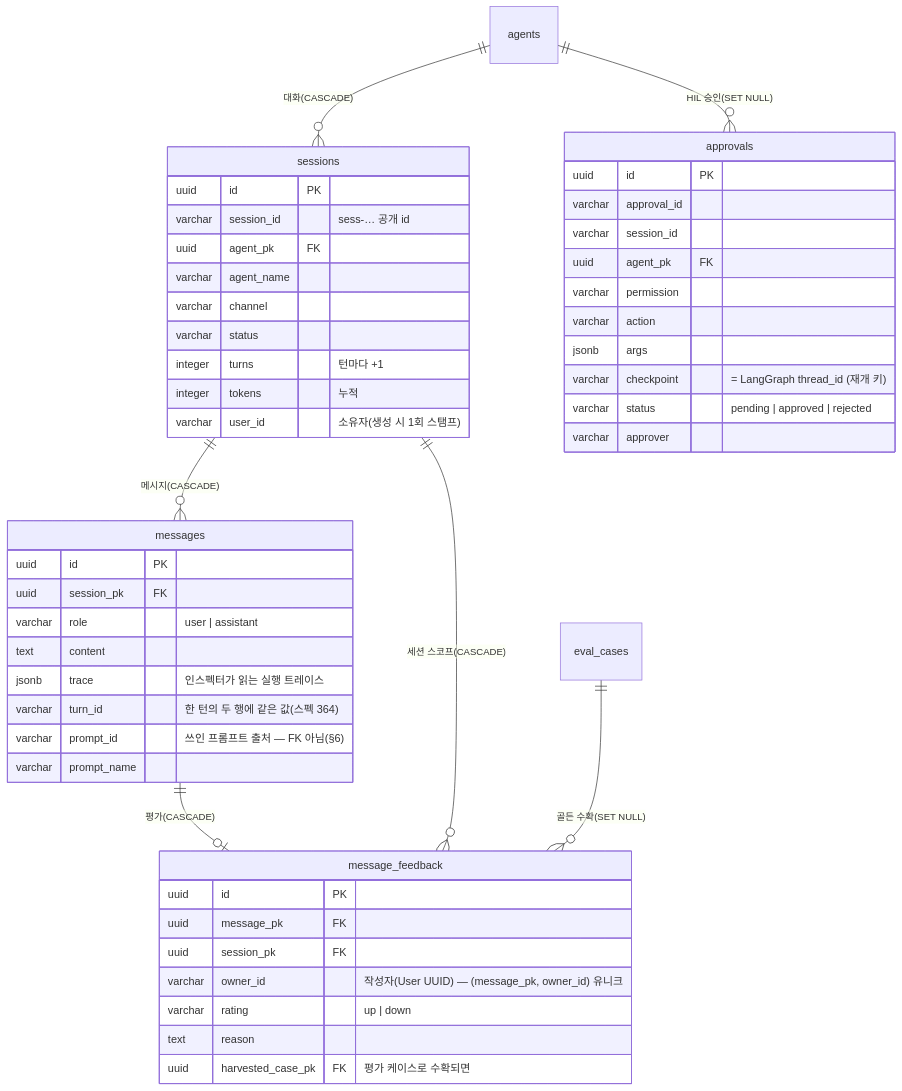
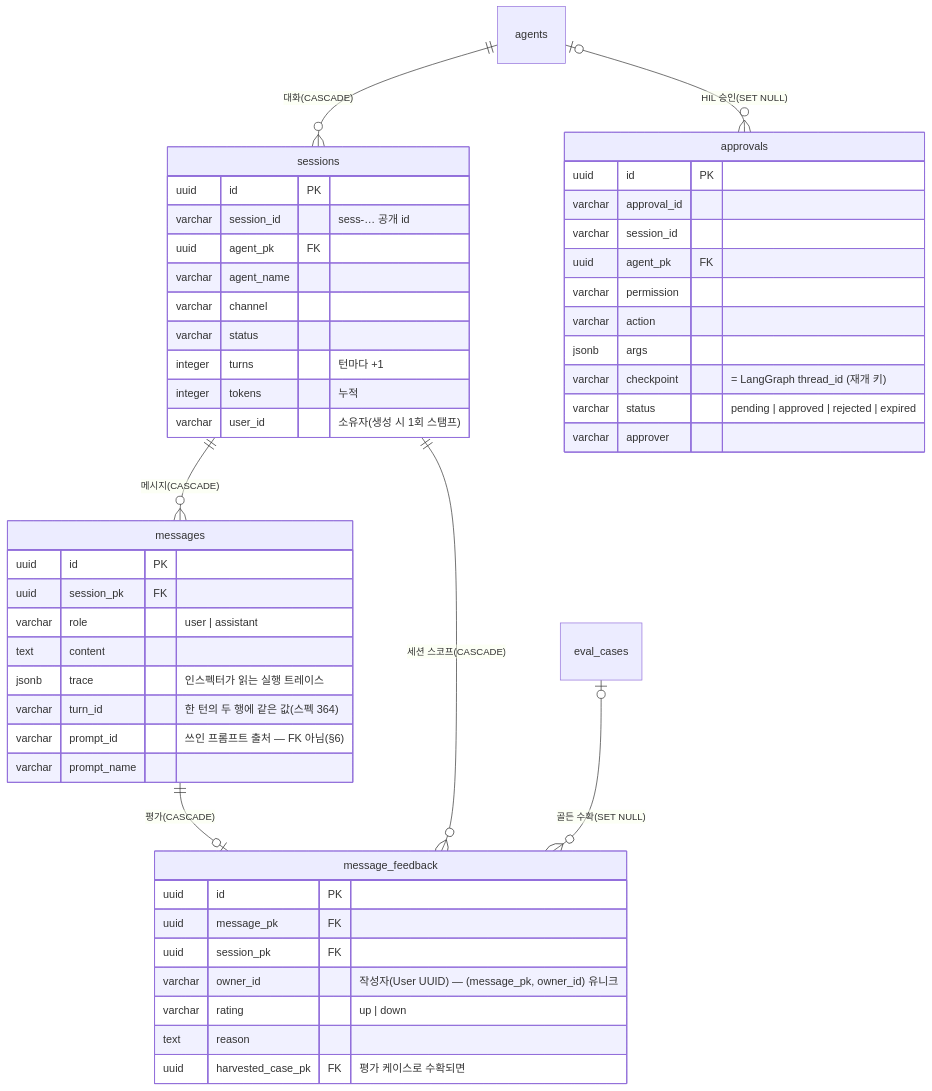
Before and after one commit to loveqoo/my-agents: the third of 6 diagrams in docs/db-model.md, drawn with Mermaid. The commit also changed other lines of this file and 3 other files, not shown here.

````diff
--- a/docs/db-model.md
+++ b/docs/db-model.md
@@ -152,52 +159,52 @@
 ```mermaid
 erDiagram
     agents ||--o{ sessions : "대화(CASCADE)"
     sessions ||--o{ messages : "메시지(CASCADE)"
     messages ||--o| message_feedback : "평가(CASCADE)"
     sessions ||--o{ message_feedback : "세션 스코프(CASCADE)"
-    agents ||--o{ approvals : "HIL 승인(SET NULL)"
-    eval_cases ||--o{ message_feedback : "골든 수확(SET NULL)"
+    agents |o--o{ approvals : "HIL 승인(SET NULL)"
+    eval_cases |o--o{ message_feedback : "골든 수확(SET NULL)"
 
     sessions {
         uuid id PK
         varchar session_id "sess-… 공개 id"
         uuid agent_pk FK
         varchar agent_name
         varchar channel
         varchar status
         integer turns "턴마다 +1"
         integer tokens "누적"
         varchar user_id "소유자(생성 시 1회 스탬프)"
     }
     messages {
         uuid id PK
         uuid session_pk FK
         varchar role "user | assistant"
         text content
         jsonb trace "인스펙터가 읽는 실행 트레이스"
         varchar turn_id "한 턴의 두 행에 같은 값(스펙 364)"
         varchar prompt_id "쓰인 프롬프트 출처 — FK 아님(§6)"
         varchar prompt_name
     }
     message_feedback {
         uuid id PK
         uuid message_pk FK
         uuid session_pk FK
         varchar owner_id "작성자(User UUID) — (message_pk, owner_id) 유니크"
         varchar rating "up | down"
         text reason
         uuid harvested_case_pk FK "평가 케이스로 수확되면"
     }
     approvals {
         uuid id PK
         varchar approval_id
         varchar session_id
         uuid agent_pk FK
         varchar permission
         varchar action
         jsonb args
         varchar checkpoint "= LangGraph thread_id (재개 키)"
-        varchar status "pending | approved | rejected"
+        varchar status "pending | approved | rejected | expired"
         varchar approver
     }
 ```
````
